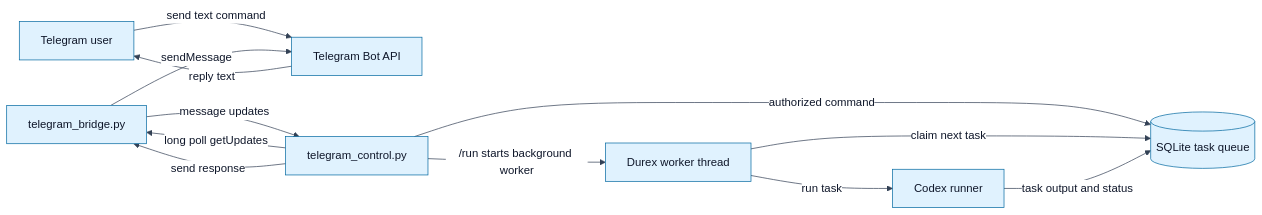
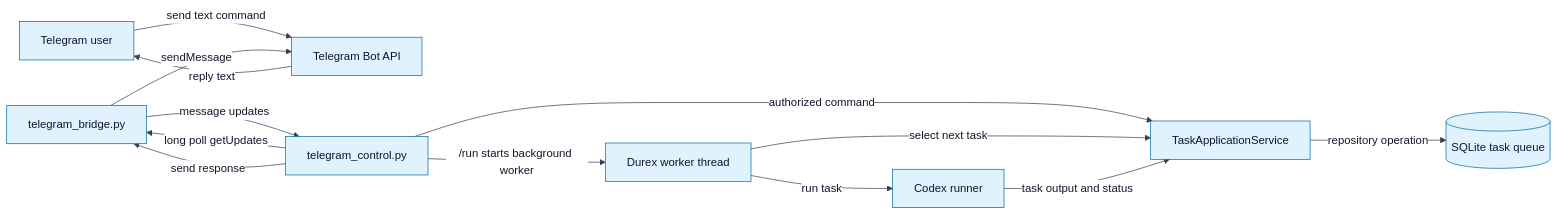
Before and after one commit to kinderp/durex: the first of 3 diagrams in docs/TELEGRAM_REMOTE_CONTROL.md, drawn with Mermaid. The commit also changed other lines of this file and 4 other files, not shown here.

````diff
--- a/docs/TELEGRAM_REMOTE_CONTROL.md
+++ b/docs/TELEGRAM_REMOTE_CONTROL.md
@@ -38,23 +38,25 @@
 ```mermaid
 %%{init: {"theme":"base","themeVariables":{"background":"#ffffff","primaryColor":"#e0f2fe","primaryTextColor":"#0f172a","primaryBorderColor":"#0369a1","lineColor":"#334155","secondaryColor":"#dcfce7","secondaryTextColor":"#0f172a","secondaryBorderColor":"#15803d","tertiaryColor":"#fef3c7","tertiaryTextColor":"#0f172a","tertiaryBorderColor":"#b45309","edgeLabelBackground":"#ffffff","clusterBkg":"#f8fafc","clusterBorder":"#cbd5e1","fontFamily":"Arial, sans-serif"}}}%%
 flowchart LR
     User[Telegram user]
     Telegram[Telegram Bot API]
     Bridge[telegram_bridge.py]
     Control[telegram_control.py]
+    Service[TaskApplicationService]
     Queue[(SQLite task queue)]
     Worker[Durex worker thread]
     Runner[Codex runner]
 
     User -->|send text command| Telegram
     Control -->|long poll getUpdates| Bridge
     Bridge -->|message updates| Control
-    Control -->|authorized command| Queue
+    Control -->|authorized command| Service
+    Service -->|repository operation| Queue
     Control -->|/run starts background worker| Worker
-    Worker -->|claim next task| Queue
+    Worker -->|select next task| Service
     Worker -->|run task| Runner
-    Runner -->|task output and status| Queue
+    Runner -->|task output and status| Service
     Control -->|send response| Bridge
     Bridge -->|sendMessage| Telegram
     Telegram -->|reply text| User
 ```
````
